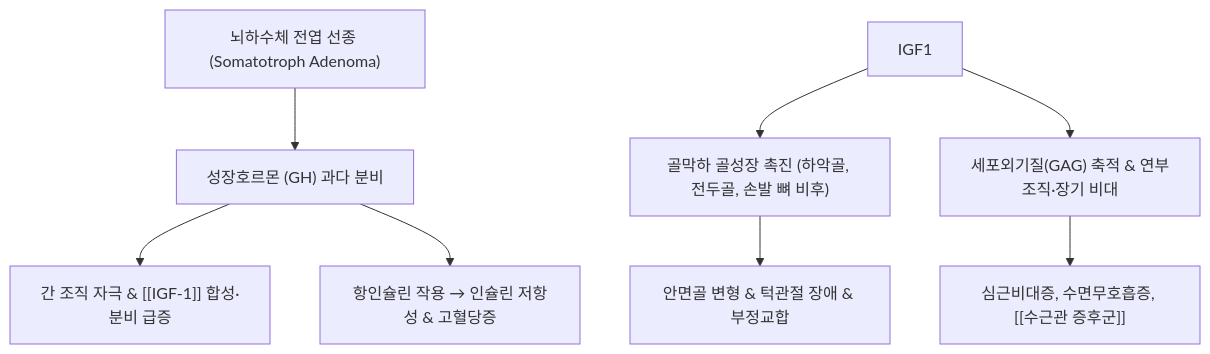
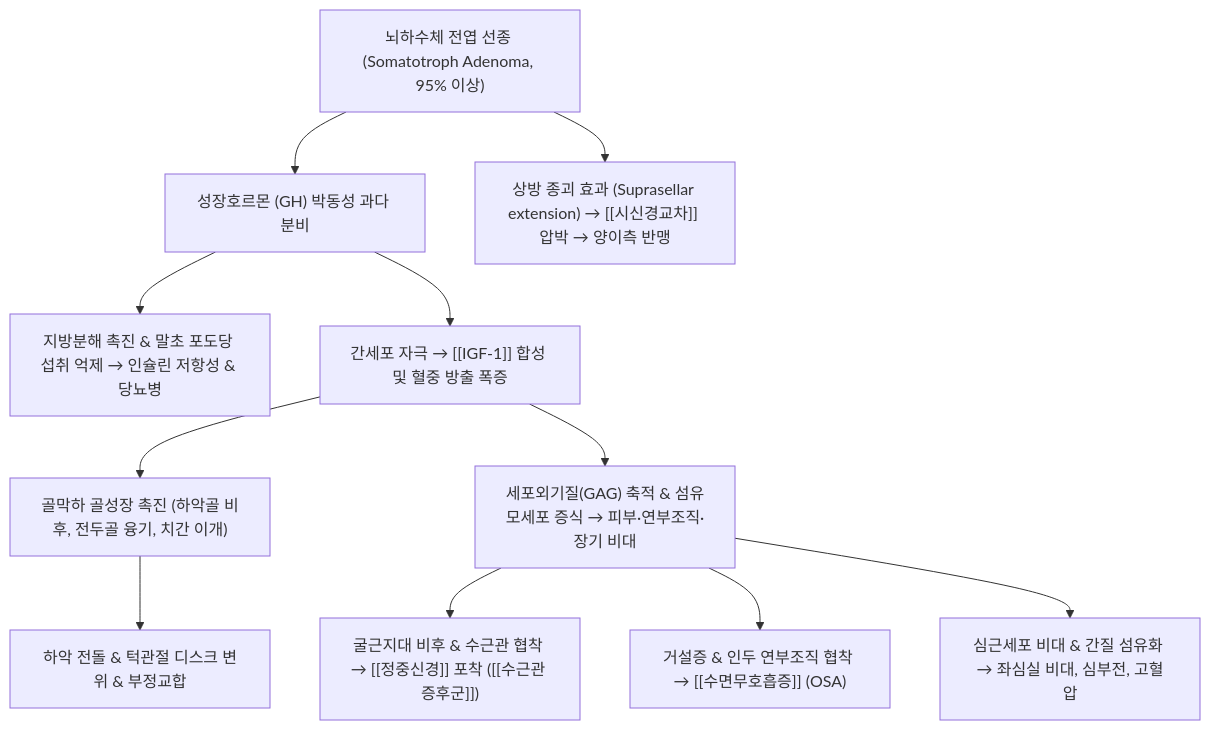
Before and after one commit to simbio11/simbio-digital-garden2: the diagram in content/3. 이론 공부/질환/내분비 질환/말단비대증.md, drawn with Mermaid. The commit also changed other lines of this file and 70 other files, not shown here.

````diff
--- a/content/3. 이론 공부/질환/내분비 질환/말단비대증.md
+++ b/content/3. 이론 공부/질환/내분비 질환/말단비대증.md
@@ -37,12 +61,16 @@
 ```mermaid
 graph TD
-    Adenoma["뇌하수체 전엽 선종 (Somatotroph Adenoma)"] --> GHOver["성장호르몬 (GH) 과다 분비"]
-    GHOver --> Liver["간 조직 자극 & [[IGF-1]] 합성·분비 급증"]
+    Adenoma["뇌하수체 전엽 선종 (Somatotroph Adenoma, 95% 이상)"] --> GHSpike["성장호르몬 (GH) 박동성 과다 분비"]
+    GHSpike --> AntiInsulin["지방분해 촉진 & 말초 포도당 섭취 억제 → 인슐린 저항성 & 당뇨병"]
+    GHSpike --> LiverIGF1["간세포 자극 → [[IGF-1]] 합성 및 혈중 방출 폭증"]
     
-    GHOver --> Lipolysis["항인슐린 작용 → 인슐린 저항성 & 고혈당증"]
-    IGF1 --> Bone["골막하 골성장 촉진 (하악골, 전두골, 손발 뼈 비후)"]
-    IGF1 --> SoftTissue["세포외기질(GAG) 축적 & 연부조직·장기 비대"]
+    LiverIGF1 --> Periosteal["골막하 골성장 촉진 (하악골 비후, 전두골 융기, 치간 이개)"]
+    LiverIGF1 --> ECMOverload["세포외기질(GAG) 축적 & 섬유모세포 증식 → 피부·연부조직·장기 비대"]
     
-    Bone --> FacialChange["안면골 변형 & 턱관절 장애 & 부정교합"]
-    SoftTissue --> CardioRenal["심근비대증, 수면무호흡증, [[수근관 증후군]]"]
+    Periosteal --> TMJDisorder["하악 전돌 & 턱관절 디스크 변위 & 부정교합"]
+    ECMOverload --> CTS["굴근지대 비후 & 수근관 협착 → [[정중신경]] 포착 ([[수근관 증후군]])"]
+    ECMOverload --> SleepApnea["거설증 & 인두 연부조직 협착 → [[수면무호흡증]] (OSA)"]
+    ECMOverload --> Organomegaly["심근세포 비대 & 간질 섬유화 → 좌심실 비대, 심부전, 고혈압"]
+    
+    Adenoma --> MassEffect["상방 종괴 효과 (Suprasellar extension) → [[시신경교차]] 압박 → 양이측 반맹"]
 ```
````
